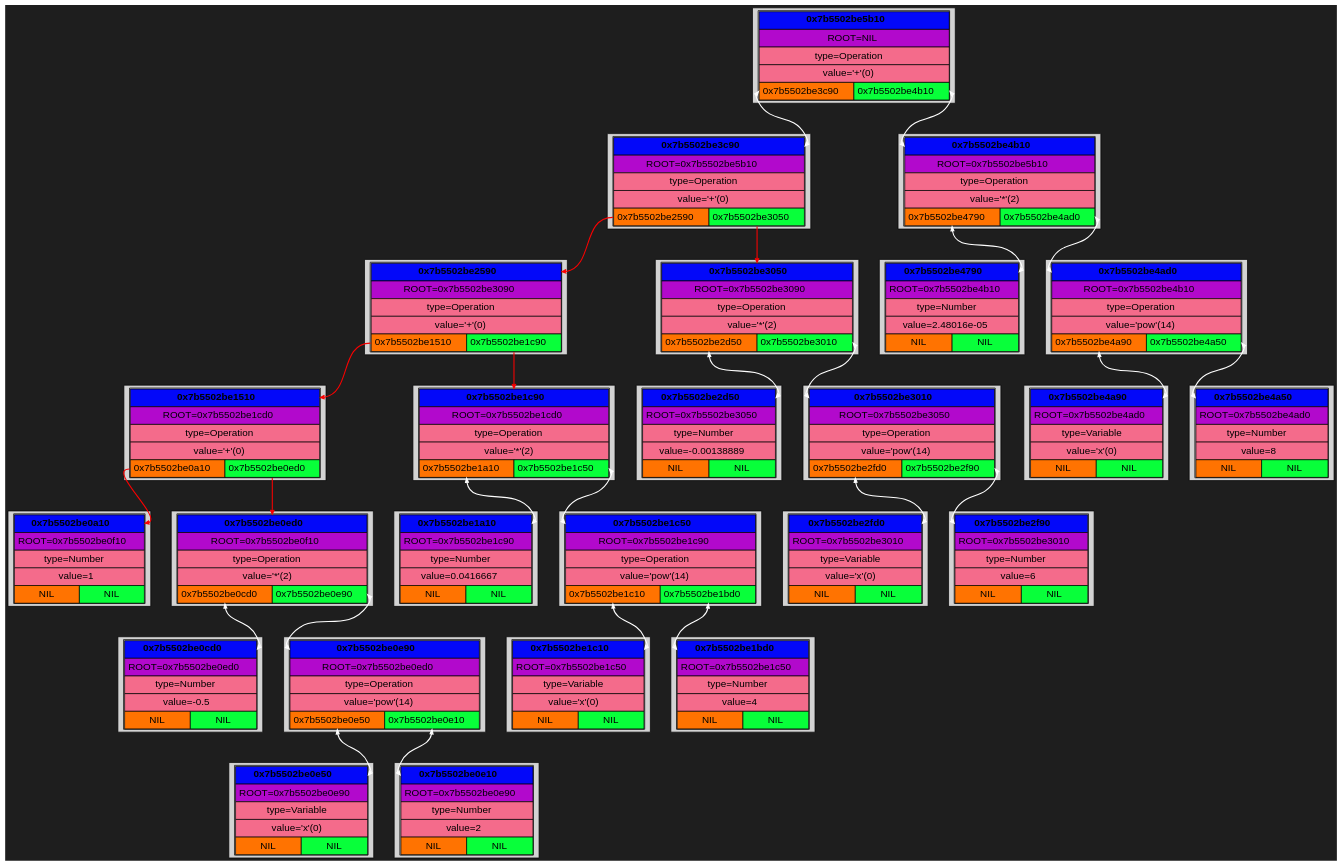
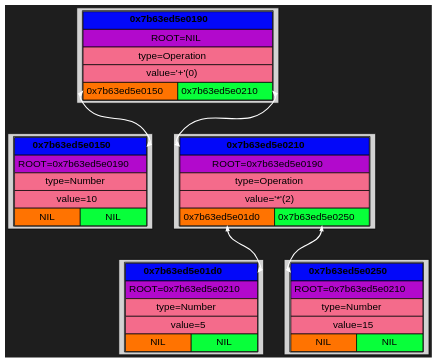
The diagram in Dump/BinTree/graph.dot (Kabuto-Mainer/Diff), drawn with Graphviz before and after one commit. The commit also changed 23 other files, not shown here.

```diff
--- a/Dump/BinTree/graph.dot
+++ b/Dump/BinTree/graph.dot
@@ -6,329 +6,69 @@
   node [shape=plaintext, style=filled, fontname="Helvetica"];
   edge [arrowhead=vee, arrowsize=0.6, penwidth=1.2];
 
-block_0x7b5502be0a10 [shape=box, label=<
+block_0x7b63ed5e0150 [shape=box, label=<
 <TABLE CELLSPACING="0" CELLPADDING="4">
-<TR><TD PORT="root" BGCOLOR="#0308f9ff" COLSPAN="2"><B>0x7b5502be0a10</B></TD></TR>
-<TR><TD BGCOLOR="#b209ccff" COLSPAN="2">ROOT=0x7b5502be0f10</TD></TR>
+<TR><TD PORT="root" BGCOLOR="#0308f9ff" COLSPAN="2"><B>0x7b63ed5e0150</B></TD></TR>
+<TR><TD BGCOLOR="#b209ccff" COLSPAN="2">ROOT=0x7b63ed5e0190</TD></TR>
 <TR><TD BGCOLOR="#f46b8bff" COLSPAN="2">type=Number</TD></TR>
-<TR><TD BGCOLOR="#f46b8bff" COLSPAN="2">value=1</TD></TR>
+<TR><TD BGCOLOR="#f46b8bff" COLSPAN="2">value=10</TD></TR>
 <TR>
 <TD PORT="left" BGCOLOR="#ff7301ff">NIL</TD>
 <TD PORT="right" BGCOLOR="#08ff3aff">NIL</TD>
 </TR>
 </TABLE> >];
 
-block_0x7b5502be0cd0 [shape=box, label=<
+block_0x7b63ed5e01d0 [shape=box, label=<
 <TABLE CELLSPACING="0" CELLPADDING="4">
-<TR><TD PORT="root" BGCOLOR="#0308f9ff" COLSPAN="2"><B>0x7b5502be0cd0</B></TD></TR>
-<TR><TD BGCOLOR="#b209ccff" COLSPAN="2">ROOT=0x7b5502be0ed0</TD></TR>
+<TR><TD PORT="root" BGCOLOR="#0308f9ff" COLSPAN="2"><B>0x7b63ed5e01d0</B></TD></TR>
+<TR><TD BGCOLOR="#b209ccff" COLSPAN="2">ROOT=0x7b63ed5e0210</TD></TR>
 <TR><TD BGCOLOR="#f46b8bff" COLSPAN="2">type=Number</TD></TR>
-<TR><TD BGCOLOR="#f46b8bff" COLSPAN="2">value=-0.5</TD></TR>
+<TR><TD BGCOLOR="#f46b8bff" COLSPAN="2">value=5</TD></TR>
 <TR>
 <TD PORT="left" BGCOLOR="#ff7301ff">NIL</TD>
 <TD PORT="right" BGCOLOR="#08ff3aff">NIL</TD>
 </TR>
 </TABLE> >];
 
-block_0x7b5502be0e50 [shape=box, label=<
+block_0x7b63ed5e0250 [shape=box, label=<
 <TABLE CELLSPACING="0" CELLPADDING="4">
-<TR><TD PORT="root" BGCOLOR="#0308f9ff" COLSPAN="2"><B>0x7b5502be0e50</B></TD></TR>
-<TR><TD BGCOLOR="#b209ccff" COLSPAN="2">ROOT=0x7b5502be0e90</TD></TR>
-<TR><TD BGCOLOR="#f46b8bff" COLSPAN="2">type=Variable</TD></TR>
-<TR><TD BGCOLOR="#f46b8bff" COLSPAN="2">value='x'(0)</TD></TR>
+<TR><TD PORT="root" BGCOLOR="#0308f9ff" COLSPAN="2"><B>0x7b63ed5e0250</B></TD></TR>
+<TR><TD BGCOLOR="#b209ccff" COLSPAN="2">ROOT=0x7b63ed5e0210</TD></TR>
+<TR><TD BGCOLOR="#f46b8bff" COLSPAN="2">type=Number</TD></TR>
+<TR><TD BGCOLOR="#f46b8bff" COLSPAN="2">value=15</TD></TR>
 <TR>
 <TD PORT="left" BGCOLOR="#ff7301ff">NIL</TD>
 <TD PORT="right" BGCOLOR="#08ff3aff">NIL</TD>
 </TR>
 </TABLE> >];
 
-block_0x7b5502be0e10 [shape=box, label=<
+block_0x7b63ed5e0210 [shape=box, label=<
 <TABLE CELLSPACING="0" CELLPADDING="4">
-<TR><TD PORT="root" BGCOLOR="#0308f9ff" COLSPAN="2"><B>0x7b5502be0e10</B></TD></TR>
-<TR><TD BGCOLOR="#b209ccff" COLSPAN="2">ROOT=0x7b5502be0e90</TD></TR>
-<TR><TD BGCOLOR="#f46b8bff" COLSPAN="2">type=Number</TD></TR>
-<TR><TD BGCOLOR="#f46b8bff" COLSPAN="2">value=2</TD></TR>
+<TR><TD PORT="root" BGCOLOR="#0308f9ff" COLSPAN="2"><B>0x7b63ed5e0210</B></TD></TR>
+<TR><TD BGCOLOR="#b209ccff" COLSPAN="2">ROOT=0x7b63ed5e0190</TD></TR>
+<TR><TD BGCOLOR="#f46b8bff" COLSPAN="2">type=Operation</TD></TR>
+<TR><TD BGCOLOR="#f46b8bff" COLSPAN="2">value='*'(2)</TD></TR>
 <TR>
-<TD PORT="left" BGCOLOR="#ff7301ff">NIL</TD>
-<TD PORT="right" BGCOLOR="#08ff3aff">NIL</TD>
+<TD PORT="left" BGCOLOR="#ff7301ff">0x7b63ed5e01d0</TD>
+<TD PORT="right" BGCOLOR="#08ff3aff">0x7b63ed5e0250</TD>
 </TR>
 </TABLE> >];
 
-block_0x7b5502be0e90 [shape=box, label=<
+block_0x7b63ed5e0190 [shape=box, label=<
 <TABLE CELLSPACING="0" CELLPADDING="4">
-<TR><TD PORT="root" BGCOLOR="#0308f9ff" COLSPAN="2"><B>0x7b5502be0e90</B></TD></TR>
-<TR><TD BGCOLOR="#b209ccff" COLSPAN="2">ROOT=0x7b5502be0ed0</TD></TR>
-<TR><TD BGCOLOR="#f46b8bff" COLSPAN="2">type=Operation</TD></TR>
-<TR><TD BGCOLOR="#f46b8bff" COLSPAN="2">value='pow'(14)</TD></TR>
-<TR>
-<TD PORT="left" BGCOLOR="#ff7301ff">0x7b5502be0e50</TD>
-<TD PORT="right" BGCOLOR="#08ff3aff">0x7b5502be0e10</TD>
-</TR>
-</TABLE> >];
-
-block_0x7b5502be0ed0 [shape=box, label=<
-<TABLE CELLSPACING="0" CELLPADDING="4">
-<TR><TD PORT="root" BGCOLOR="#0308f9ff" COLSPAN="2"><B>0x7b5502be0ed0</B></TD></TR>
-<TR><TD BGCOLOR="#b209ccff" COLSPAN="2">ROOT=0x7b5502be0f10</TD></TR>
-<TR><TD BGCOLOR="#f46b8bff" COLSPAN="2">type=Operation</TD></TR>
-<TR><TD BGCOLOR="#f46b8bff" COLSPAN="2">value='*'(2)</TD></TR>
-<TR>
-<TD PORT="left" BGCOLOR="#ff7301ff">0x7b5502be0cd0</TD>
-<TD PORT="right" BGCOLOR="#08ff3aff">0x7b5502be0e90</TD>
-</TR>
-</TABLE> >];
-
-block_0x7b5502be1510 [shape=box, label=<
-<TABLE CELLSPACING="0" CELLPADDING="4">
-<TR><TD PORT="root" BGCOLOR="#0308f9ff" COLSPAN="2"><B>0x7b5502be1510</B></TD></TR>
-<TR><TD BGCOLOR="#b209ccff" COLSPAN="2">ROOT=0x7b5502be1cd0</TD></TR>
-<TR><TD BGCOLOR="#f46b8bff" COLSPAN="2">type=Operation</TD></TR>
-<TR><TD BGCOLOR="#f46b8bff" COLSPAN="2">value='+'(0)</TD></TR>
-<TR>
-<TD PORT="left" BGCOLOR="#ff7301ff">0x7b5502be0a10</TD>
-<TD PORT="right" BGCOLOR="#08ff3aff">0x7b5502be0ed0</TD>
-</TR>
-</TABLE> >];
-
-block_0x7b5502be1a10 [shape=box, label=<
-<TABLE CELLSPACING="0" CELLPADDING="4">
-<TR><TD PORT="root" BGCOLOR="#0308f9ff" COLSPAN="2"><B>0x7b5502be1a10</B></TD></TR>
-<TR><TD BGCOLOR="#b209ccff" COLSPAN="2">ROOT=0x7b5502be1c90</TD></TR>
-<TR><TD BGCOLOR="#f46b8bff" COLSPAN="2">type=Number</TD></TR>
-<TR><TD BGCOLOR="#f46b8bff" COLSPAN="2">value=0.0416667</TD></TR>
-<TR>
-<TD PORT="left" BGCOLOR="#ff7301ff">NIL</TD>
-<TD PORT="right" BGCOLOR="#08ff3aff">NIL</TD>
-</TR>
-</TABLE> >];
-
-block_0x7b5502be1c10 [shape=box, label=<
-<TABLE CELLSPACING="0" CELLPADDING="4">
-<TR><TD PORT="root" BGCOLOR="#0308f9ff" COLSPAN="2"><B>0x7b5502be1c10</B></TD></TR>
-<TR><TD BGCOLOR="#b209ccff" COLSPAN="2">ROOT=0x7b5502be1c50</TD></TR>
-<TR><TD BGCOLOR="#f46b8bff" COLSPAN="2">type=Variable</TD></TR>
-<TR><TD BGCOLOR="#f46b8bff" COLSPAN="2">value='x'(0)</TD></TR>
-<TR>
-<TD PORT="left" BGCOLOR="#ff7301ff">NIL</TD>
-<TD PORT="right" BGCOLOR="#08ff3aff">NIL</TD>
-</TR>
-</TABLE> >];
-
-block_0x7b5502be1bd0 [shape=box, label=<
-<TABLE CELLSPACING="0" CELLPADDING="4">
-<TR><TD PORT="root" BGCOLOR="#0308f9ff" COLSPAN="2"><B>0x7b5502be1bd0</B></TD></TR>
-<TR><TD BGCOLOR="#b209ccff" COLSPAN="2">ROOT=0x7b5502be1c50</TD></TR>
-<TR><TD BGCOLOR="#f46b8bff" COLSPAN="2">type=Number</TD></TR>
-<TR><TD BGCOLOR="#f46b8bff" COLSPAN="2">value=4</TD></TR>
-<TR>
-<TD PORT="left" BGCOLOR="#ff7301ff">NIL</TD>
-<TD PORT="right" BGCOLOR="#08ff3aff">NIL</TD>
-</TR>
-</TABLE> >];
-
-block_0x7b5502be1c50 [shape=box, label=<
-<TABLE CELLSPACING="0" CELLPADDING="4">
-<TR><TD PORT="root" BGCOLOR="#0308f9ff" COLSPAN="2"><B>0x7b5502be1c50</B></TD></TR>
-<TR><TD BGCOLOR="#b209ccff" COLSPAN="2">ROOT=0x7b5502be1c90</TD></TR>
-<TR><TD BGCOLOR="#f46b8bff" COLSPAN="2">type=Operation</TD></TR>
-<TR><TD BGCOLOR="#f46b8bff" COLSPAN="2">value='pow'(14)</TD></TR>
-<TR>
-<TD PORT="left" BGCOLOR="#ff7301ff">0x7b5502be1c10</TD>
-<TD PORT="right" BGCOLOR="#08ff3aff">0x7b5502be1bd0</TD>
-</TR>
-</TABLE> >];
-
-block_0x7b5502be1c90 [shape=box, label=<
-<TABLE CELLSPACING="0" CELLPADDING="4">
-<TR><TD PORT="root" BGCOLOR="#0308f9ff" COLSPAN="2"><B>0x7b5502be1c90</B></TD></TR>
-<TR><TD BGCOLOR="#b209ccff" COLSPAN="2">ROOT=0x7b5502be1cd0</TD></TR>
-<TR><TD BGCOLOR="#f46b8bff" COLSPAN="2">type=Operation</TD></TR>
-<TR><TD BGCOLOR="#f46b8bff" COLSPAN="2">value='*'(2)</TD></TR>
-<TR>
-<TD PORT="left" BGCOLOR="#ff7301ff">0x7b5502be1a10</TD>
-<TD PORT="right" BGCOLOR="#08ff3aff">0x7b5502be1c50</TD>
-</TR>
-</TABLE> >];
-
-block_0x7b5502be2590 [shape=box, label=<
-<TABLE CELLSPACING="0" CELLPADDING="4">
-<TR><TD PORT="root" BGCOLOR="#0308f9ff" COLSPAN="2"><B>0x7b5502be2590</B></TD></TR>
-<TR><TD BGCOLOR="#b209ccff" COLSPAN="2">ROOT=0x7b5502be3090</TD></TR>
-<TR><TD BGCOLOR="#f46b8bff" COLSPAN="2">type=Operation</TD></TR>
-<TR><TD BGCOLOR="#f46b8bff" COLSPAN="2">value='+'(0)</TD></TR>
-<TR>
-<TD PORT="left" BGCOLOR="#ff7301ff">0x7b5502be1510</TD>
-<TD PORT="right" BGCOLOR="#08ff3aff">0x7b5502be1c90</TD>
-</TR>
-</TABLE> >];
-
-block_0x7b5502be2d50 [shape=box, label=<
-<TABLE CELLSPACING="0" CELLPADDING="4">
-<TR><TD PORT="root" BGCOLOR="#0308f9ff" COLSPAN="2"><B>0x7b5502be2d50</B></TD></TR>
-<TR><TD BGCOLOR="#b209ccff" COLSPAN="2">ROOT=0x7b5502be3050</TD></TR>
-<TR><TD BGCOLOR="#f46b8bff" COLSPAN="2">type=Number</TD></TR>
-<TR><TD BGCOLOR="#f46b8bff" COLSPAN="2">value=-0.00138889</TD></TR>
-<TR>
-<TD PORT="left" BGCOLOR="#ff7301ff">NIL</TD>
-<TD PORT="right" BGCOLOR="#08ff3aff">NIL</TD>
-</TR>
-</TABLE> >];
-
-block_0x7b5502be2fd0 [shape=box, label=<
-<TABLE CELLSPACING="0" CELLPADDING="4">
-<TR><TD PORT="root" BGCOLOR="#0308f9ff" COLSPAN="2"><B>0x7b5502be2fd0</B></TD></TR>
-<TR><TD BGCOLOR="#b209ccff" COLSPAN="2">ROOT=0x7b5502be3010</TD></TR>
-<TR><TD BGCOLOR="#f46b8bff" COLSPAN="2">type=Variable</TD></TR>
-<TR><TD BGCOLOR="#f46b8bff" COLSPAN="2">value='x'(0)</TD></TR>
-<TR>
-<TD PORT="left" BGCOLOR="#ff7301ff">NIL</TD>
-<TD PORT="right" BGCOLOR="#08ff3aff">NIL</TD>
-</TR>
-</TABLE> >];
-
-block_0x7b5502be2f90 [shape=box, label=<
-<TABLE CELLSPACING="0" CELLPADDING="4">
-<TR><TD PORT="root" BGCOLOR="#0308f9ff" COLSPAN="2"><B>0x7b5502be2f90</B></TD></TR>
-<TR><TD BGCOLOR="#b209ccff" COLSPAN="2">ROOT=0x7b5502be3010</TD></TR>
-<TR><TD BGCOLOR="#f46b8bff" COLSPAN="2">type=Number</TD></TR>
-<TR><TD BGCOLOR="#f46b8bff" COLSPAN="2">value=6</TD></TR>
-<TR>
-<TD PORT="left" BGCOLOR="#ff7301ff">NIL</TD>
-<TD PORT="right" BGCOLOR="#08ff3aff">NIL</TD>
-</TR>
-</TABLE> >];
-
-block_0x7b5502be3010 [shape=box, label=<
-<TABLE CELLSPACING="0" CELLPADDING="4">
-<TR><TD PORT="root" BGCOLOR="#0308f9ff" COLSPAN="2"><B>0x7b5502be3010</B></TD></TR>
-<TR><TD BGCOLOR="#b209ccff" COLSPAN="2">ROOT=0x7b5502be3050</TD></TR>
-<TR><TD BGCOLOR="#f46b8bff" COLSPAN="2">type=Operation</TD></TR>
-<TR><TD BGCOLOR="#f46b8bff" COLSPAN="2">value='pow'(14)</TD></TR>
-<TR>
-<TD PORT="left" BGCOLOR="#ff7301ff">0x7b5502be2fd0</TD>
-<TD PORT="right" BGCOLOR="#08ff3aff">0x7b5502be2f90</TD>
-</TR>
-</TABLE> >];
-
-block_0x7b5502be3050 [shape=box, label=<
-<TABLE CELLSPACING="0" CELLPADDING="4">
-<TR><TD PORT="root" BGCOLOR="#0308f9ff" COLSPAN="2"><B>0x7b5502be3050</B></TD></TR>
-<TR><TD BGCOLOR="#b209ccff" COLSPAN="2">ROOT=0x7b5502be3090</TD></TR>
-<TR><TD BGCOLOR="#f46b8bff" COLSPAN="2">type=Operation</TD></TR>
-<TR><TD BGCOLOR="#f46b8bff" COLSPAN="2">value='*'(2)</TD></TR>
-<TR>
-<TD PORT="left" BGCOLOR="#ff7301ff">0x7b5502be2d50</TD>
-<TD PORT="right" BGCOLOR="#08ff3aff">0x7b5502be3010</TD>
-</TR>
-</TABLE> >];
-
-block_0x7b5502be3c90 [shape=box, label=<
-<TABLE CELLSPACING="0" CELLPADDING="4">
-<TR><TD PORT="root" BGCOLOR="#0308f9ff" COLSPAN="2"><B>0x7b5502be3c90</B></TD></TR>
-<TR><TD BGCOLOR="#b209ccff" COLSPAN="2">ROOT=0x7b5502be5b10</TD></TR>
-<TR><TD BGCOLOR="#f46b8bff" COLSPAN="2">type=Operation</TD></TR>
-<TR><TD BGCOLOR="#f46b8bff" COLSPAN="2">value='+'(0)</TD></TR>
-<TR>
-<TD PORT="left" BGCOLOR="#ff7301ff">0x7b5502be2590</TD>
-<TD PORT="right" BGCOLOR="#08ff3aff">0x7b5502be3050</TD>
-</TR>
-</TABLE> >];
-
-block_0x7b5502be4790 [shape=box, label=<
-<TABLE CELLSPACING="0" CELLPADDING="4">
-<TR><TD PORT="root" BGCOLOR="#0308f9ff" COLSPAN="2"><B>0x7b5502be4790</B></TD></TR>
-<TR><TD BGCOLOR="#b209ccff" COLSPAN="2">ROOT=0x7b5502be4b10</TD></TR>
-<TR><TD BGCOLOR="#f46b8bff" COLSPAN="2">type=Number</TD></TR>
-<TR><TD BGCOLOR="#f46b8bff" COLSPAN="2">value=2.48016e-05</TD></TR>
-<TR>
-<TD PORT="left" BGCOLOR="#ff7301ff">NIL</TD>
-<TD PORT="right" BGCOLOR="#08ff3aff">NIL</TD>
-</TR>
-</TABLE> >];
-
-block_0x7b5502be4a90 [shape=box, label=<
-<TABLE CELLSPACING="0" CELLPADDING="4">
-<TR><TD PORT="root" BGCOLOR="#0308f9ff" COLSPAN="2"><B>0x7b5502be4a90</B></TD></TR>
-<TR><TD BGCOLOR="#b209ccff" COLSPAN="2">ROOT=0x7b5502be4ad0</TD></TR>
-<TR><TD BGCOLOR="#f46b8bff" COLSPAN="2">type=Variable</TD></TR>
-<TR><TD BGCOLOR="#f46b8bff" COLSPAN="2">value='x'(0)</TD></TR>
-<TR>
-<TD PORT="left" BGCOLOR="#ff7301ff">NIL</TD>
-<TD PORT="right" BGCOLOR="#08ff3aff">NIL</TD>
-</TR>
-</TABLE> >];
-
-block_0x7b5502be4a50 [shape=box, label=<
-<TABLE CELLSPACING="0" CELLPADDING="4">
-<TR><TD PORT="root" BGCOLOR="#0308f9ff" COLSPAN="2"><B>0x7b5502be4a50</B></TD></TR>
-<TR><TD BGCOLOR="#b209ccff" COLSPAN="2">ROOT=0x7b5502be4ad0</TD></TR>
-<TR><TD BGCOLOR="#f46b8bff" COLSPAN="2">type=Number</TD></TR>
-<TR><TD BGCOLOR="#f46b8bff" COLSPAN="2">value=8</TD></TR>
-<TR>
-<TD PORT="left" BGCOLOR="#ff7301ff">NIL</TD>
-<TD PORT="right" BGCOLOR="#08ff3aff">NIL</TD>
-</TR>
-</TABLE> >];
-
-block_0x7b5502be4ad0 [shape=box, label=<
-<TABLE CELLSPACING="0" CELLPADDING="4">
-<TR><TD PORT="root" BGCOLOR="#0308f9ff" COLSPAN="2"><B>0x7b5502be4ad0</B></TD></TR>
-<TR><TD BGCOLOR="#b209ccff" COLSPAN="2">ROOT=0x7b5502be4b10</TD></TR>
-<TR><TD BGCOLOR="#f46b8bff" COLSPAN="2">type=Operation</TD></TR>
-<TR><TD BGCOLOR="#f46b8bff" COLSPAN="2">value='pow'(14)</TD></TR>
-<TR>
-<TD PORT="left" BGCOLOR="#ff7301ff">0x7b5502be4a90</TD>
-<TD PORT="right" BGCOLOR="#08ff3aff">0x7b5502be4a50</TD>
-</TR>
-</TABLE> >];
-
-block_0x7b5502be4b10 [shape=box, label=<
-<TABLE CELLSPACING="0" CELLPADDING="4">
-<TR><TD PORT="root" BGCOLOR="#0308f9ff" COLSPAN="2"><B>0x7b5502be4b10</B></TD></TR>
-<TR><TD BGCOLOR="#b209ccff" COLSPAN="2">ROOT=0x7b5502be5b10</TD></TR>
-<TR><TD BGCOLOR="#f46b8bff" COLSPAN="2">type=Operation</TD></TR>
-<TR><TD BGCOLOR="#f46b8bff" COLSPAN="2">value='*'(2)</TD></TR>
-<TR>
-<TD PORT="left" BGCOLOR="#ff7301ff">0x7b5502be4790</TD>
-<TD PORT="right" BGCOLOR="#08ff3aff">0x7b5502be4ad0</TD>
-</TR>
-</TABLE> >];
-
-block_0x7b5502be5b10 [shape=box, label=<
-<TABLE CELLSPACING="0" CELLPADDING="4">
-<TR><TD PORT="root" BGCOLOR="#0308f9ff" COLSPAN="2"><B>0x7b5502be5b10</B></TD></TR>
+<TR><TD PORT="root" BGCOLOR="#0308f9ff" COLSPAN="2"><B>0x7b63ed5e0190</B></TD></TR>
 <TR><TD BGCOLOR="#b209ccff" COLSPAN="2">ROOT=NIL</TD></TR>
 <TR><TD BGCOLOR="#f46b8bff" COLSPAN="2">type=Operation</TD></TR>
 <TR><TD BGCOLOR="#f46b8bff" COLSPAN="2">value='+'(0)</TD></TR>
 <TR>
-<TD PORT="left" BGCOLOR="#ff7301ff">0x7b5502be3c90</TD>
-<TD PORT="right" BGCOLOR="#08ff3aff">0x7b5502be4b10</TD>
+<TD PORT="left" BGCOLOR="#ff7301ff">0x7b63ed5e0150</TD>
+<TD PORT="right" BGCOLOR="#08ff3aff">0x7b63ed5e0210</TD>
 </TR>
 </TABLE> >];
 
-block_0x7b5502be0e90:right -> block_0x7b5502be0e10:root [color="#fefefeff", penwidth = 1.5, arrowsize = 0.6, constraint = true, dir = both];
-block_0x7b5502be0e90:left -> block_0x7b5502be0e50:root [color="#ffffffff", penwidth = 1.5, arrowsize = 0.6, constraint = true, dir = both];
-block_0x7b5502be0ed0:right -> block_0x7b5502be0e90:root [color="#fefefeff", penwidth = 1.5, arrowsize = 0.6, constraint = true, dir = both];
-block_0x7b5502be0ed0:left -> block_0x7b5502be0cd0:root [color="#ffffffff", penwidth = 1.5, arrowsize = 0.6, constraint = true, dir = both];
-block_0x7b5502be1510:right -> block_0x7b5502be0ed0:root [color="#fa0101ff", penwidth = 1.5, arrowsize = 0.6, constraint = true];
-block_0x7b5502be1510:left -> block_0x7b5502be0a10:root [color="#fa0101ff", penwidth = 1.5, arrowsize = 0.6, constraint = true];
-block_0x7b5502be1c50:right -> block_0x7b5502be1bd0:root [color="#fefefeff", penwidth = 1.5, arrowsize = 0.6, constraint = true, dir = both];
-block_0x7b5502be1c50:left -> block_0x7b5502be1c10:root [color="#ffffffff", penwidth = 1.5, arrowsize = 0.6, constraint = true, dir = both];
-block_0x7b5502be1c90:right -> block_0x7b5502be1c50:root [color="#fefefeff", penwidth = 1.5, arrowsize = 0.6, constraint = true, dir = both];
-block_0x7b5502be1c90:left -> block_0x7b5502be1a10:root [color="#ffffffff", penwidth = 1.5, arrowsize = 0.6, constraint = true, dir = both];
-block_0x7b5502be2590:right -> block_0x7b5502be1c90:root [color="#fa0101ff", penwidth = 1.5, arrowsize = 0.6, constraint = true];
-block_0x7b5502be2590:left -> block_0x7b5502be1510:root [color="#fa0101ff", penwidth = 1.5, arrowsize = 0.6, constraint = true];
-block_0x7b5502be3010:right -> block_0x7b5502be2f90:root [color="#fefefeff", penwidth = 1.5, arrowsize = 0.6, constraint = true, dir = both];
-block_0x7b5502be3010:left -> block_0x7b5502be2fd0:root [color="#ffffffff", penwidth = 1.5, arrowsize = 0.6, constraint = true, dir = both];
-block_0x7b5502be3050:right -> block_0x7b5502be3010:root [color="#fefefeff", penwidth = 1.5, arrowsize = 0.6, constraint = true, dir = both];
-block_0x7b5502be3050:left -> block_0x7b5502be2d50:root [color="#ffffffff", penwidth = 1.5, arrowsize = 0.6, constraint = true, dir = both];
-block_0x7b5502be3c90:right -> block_0x7b5502be3050:root [color="#fa0101ff", penwidth = 1.5, arrowsize = 0.6, constraint = true];
-block_0x7b5502be3c90:left -> block_0x7b5502be2590:root [color="#fa0101ff", penwidth = 1.5, arrowsize = 0.6, constraint = true];
-block_0x7b5502be4ad0:right -> block_0x7b5502be4a50:root [color="#fefefeff", penwidth = 1.5, arrowsize = 0.6, constraint = true, dir = both];
-block_0x7b5502be4ad0:left -> block_0x7b5502be4a90:root [color="#ffffffff", penwidth = 1.5, arrowsize = 0.6, constraint = true, dir = both];
-block_0x7b5502be4b10:right -> block_0x7b5502be4ad0:root [color="#fefefeff", penwidth = 1.5, arrowsize = 0.6, constraint = true, dir = both];
-block_0x7b5502be4b10:left -> block_0x7b5502be4790:root [color="#ffffffff", penwidth = 1.5, arrowsize = 0.6, constraint = true, dir = both];
-block_0x7b5502be5b10:right -> block_0x7b5502be4b10:root [color="#fefefeff", penwidth = 1.5, arrowsize = 0.6, constraint = true, dir = both];
-block_0x7b5502be5b10:left -> block_0x7b5502be3c90:root [color="#ffffffff", penwidth = 1.5, arrowsize = 0.6, constraint = true, dir = both];
+block_0x7b63ed5e0210:right -> block_0x7b63ed5e0250:root [color="#fefefeff", penwidth = 1.5, arrowsize = 0.6, constraint = true, dir = both];
+block_0x7b63ed5e0210:left -> block_0x7b63ed5e01d0:root [color="#ffffffff", penwidth = 1.5, arrowsize = 0.6, constraint = true, dir = both];
+block_0x7b63ed5e0190:right -> block_0x7b63ed5e0210:root [color="#fefefeff", penwidth = 1.5, arrowsize = 0.6, constraint = true, dir = both];
+block_0x7b63ed5e0190:left -> block_0x7b63ed5e0150:root [color="#ffffffff", penwidth = 1.5, arrowsize = 0.6, constraint = true, dir = both];
 
 }
```
